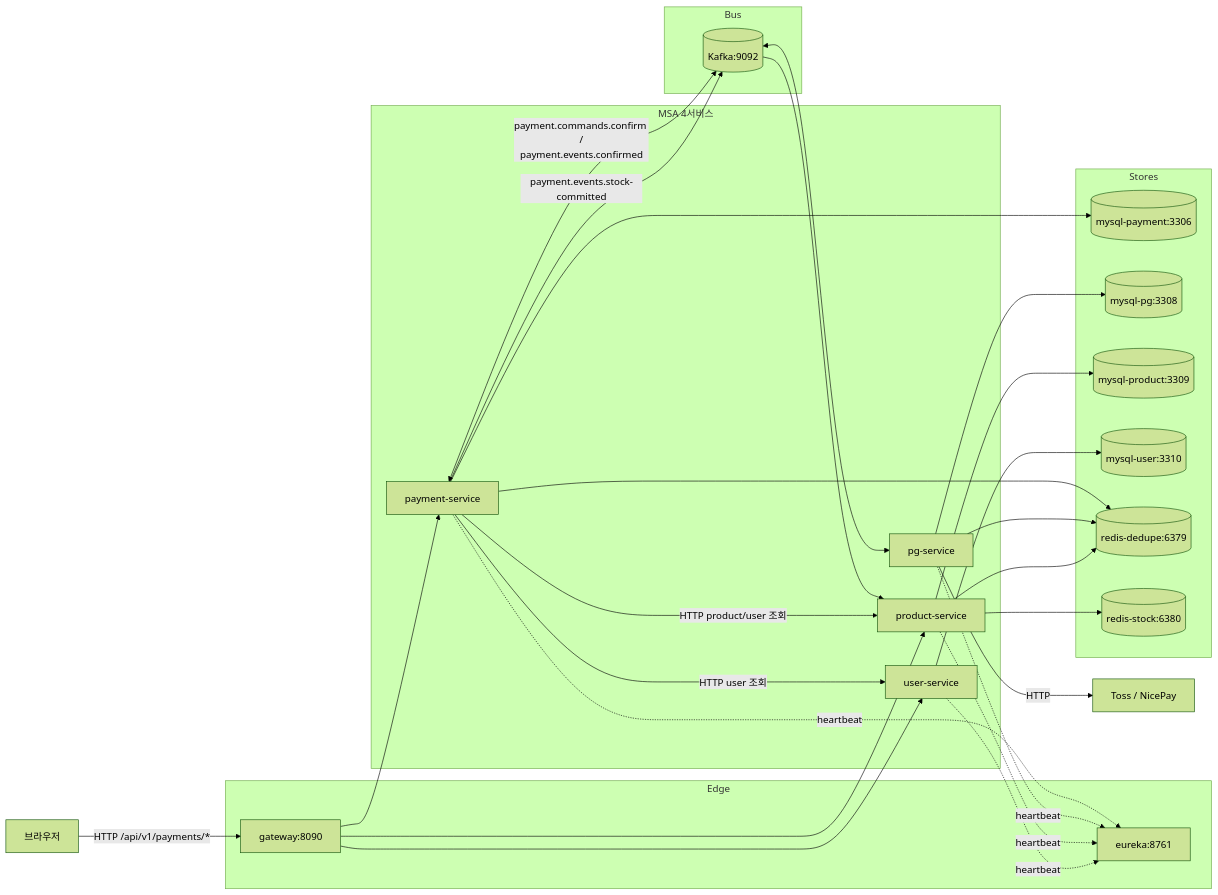
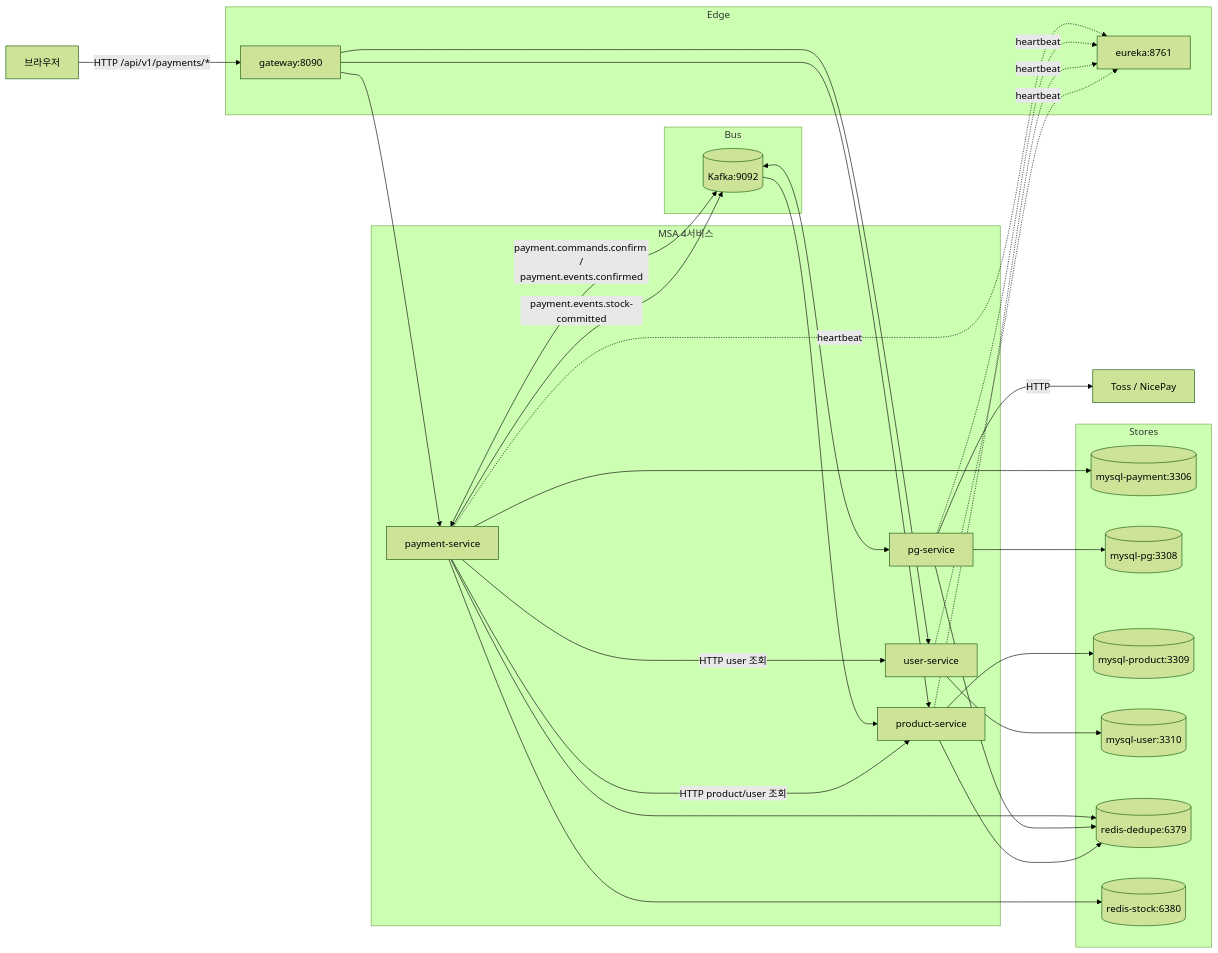
Before and after one commit to hyoguoo/payment-platform: the diagram in docs/context/ARCHITECTURE.md, drawn with Mermaid (forest theme). The commit also changed other lines of this file and 5 other files, not shown here.

````diff
--- a/docs/context/ARCHITECTURE.md
+++ b/docs/context/ARCHITECTURE.md
@@ -22,52 +22,52 @@
 ```mermaid
 flowchart LR
     Browser["브라우저"]
 
     subgraph Edge
         GW["gateway:8090"]
         E["eureka:8761"]
     end
 
     subgraph Apps["MSA 4서비스"]
         Pay["payment-service"]
         Pg["pg-service"]
         Prod["product-service"]
         Usr["user-service"]
     end
 
     subgraph Stores
         MyP[("mysql-payment:3306")]
         MyG[("mysql-pg:3308")]
         MyPr[("mysql-product:3309")]
         MyU[("mysql-user:3310")]
         RedD[("redis-dedupe:6379")]
         RedS[("redis-stock:6380")]
     end
 
     subgraph Bus
         K[("Kafka:9092")]
     end
 
     Browser -->|"HTTP /api/v1/payments/*"| GW
     GW --> Pay & Prod & Usr
     Pay & Pg & Prod & Usr -. heartbeat .-> E
 
     Pay --> MyP
     Pg  --> MyG
     Prod --> MyPr
     Usr --> MyU
 
     Pay --> RedD
     Pg  --> RedD
     Prod --> RedD
-    Prod --> RedS
+    Pay --> RedS
 
     Pay <-->|"payment.commands.confirm /\npayment.events.confirmed"| K
     K <--> Pg
     Pay -->|"payment.events.stock-committed"| K
     K --> Prod
 
     Pg -->|HTTP| Vendor["Toss / NicePay"]
     Pay -->|HTTP product/user 조회| Prod
     Pay -->|HTTP user 조회| Usr
 ```
````
